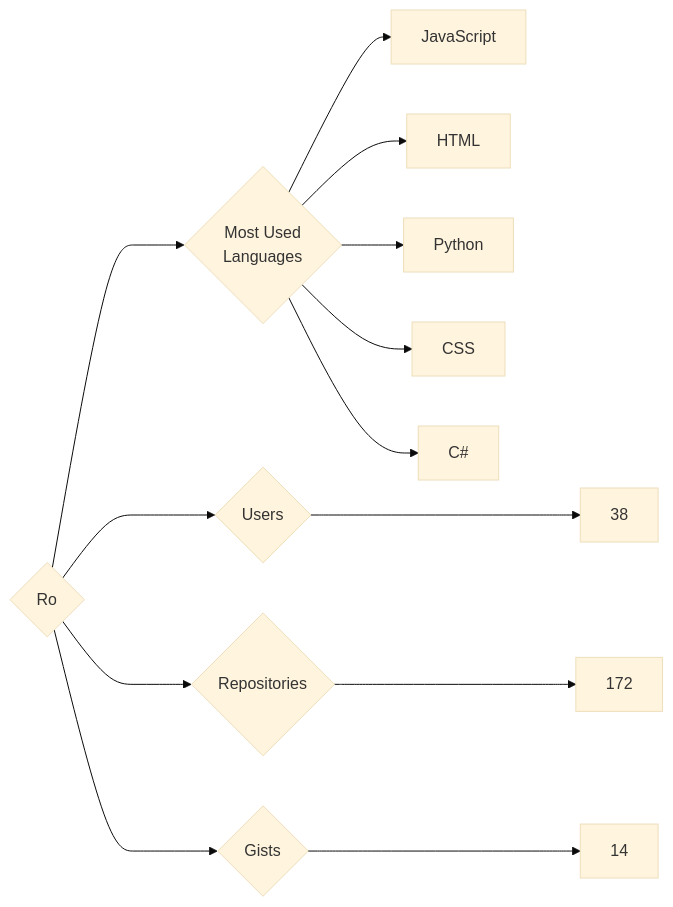
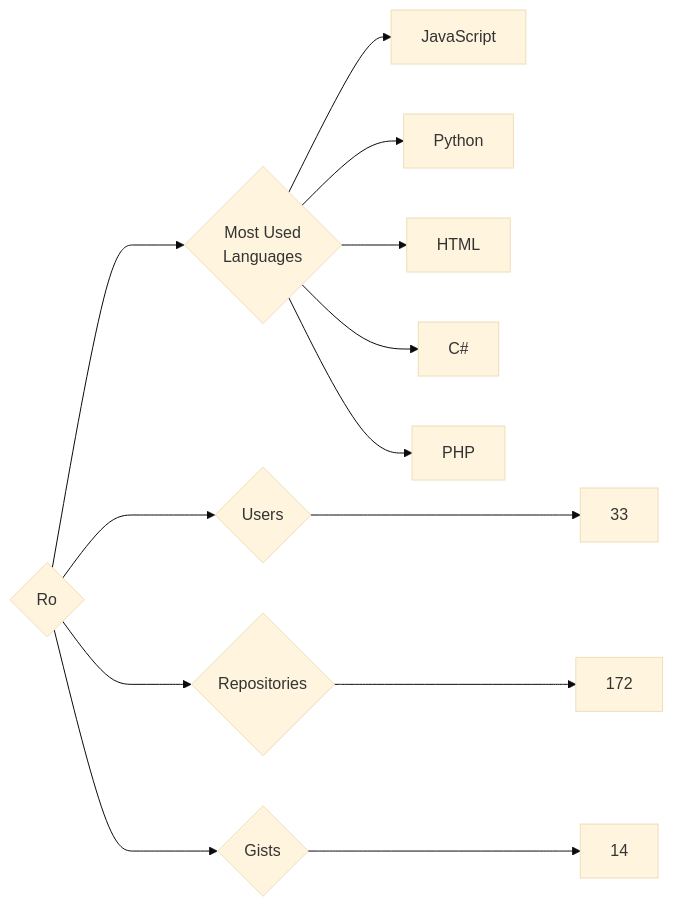
One commit to trickest/insiders changed the diagram in targets/Ro/README.md. Above: the diagram before and after it, drawn with Mermaid (base theme). The commit also changed 823 other files, not shown here.

````diff
--- a/targets/Ro/README.md
+++ b/targets/Ro/README.md
@@ -3,13 +3,13 @@
 ```mermaid
 graph LR
 COMPANY_NAME{Ro}
-COMPANY_NAME ---> U{Users} ---> UN[38]
+COMPANY_NAME ---> U{Users} ---> UN[33]
 COMPANY_NAME ---> R{Repositories} ---> RN[172]
 COMPANY_NAME ---> G{Gists} ---> GN[14]
 COMPANY_NAME ---> ML{Most Used<br>Languages}
 ML --> JavaScript[JavaScript]
+ML --> Python[Python]
 ML --> HTML[HTML]
-ML --> Python[Python]
-ML --> CSS[CSS]
 ML --> C#[C#]
+ML --> PHP[PHP]
 ```
````
